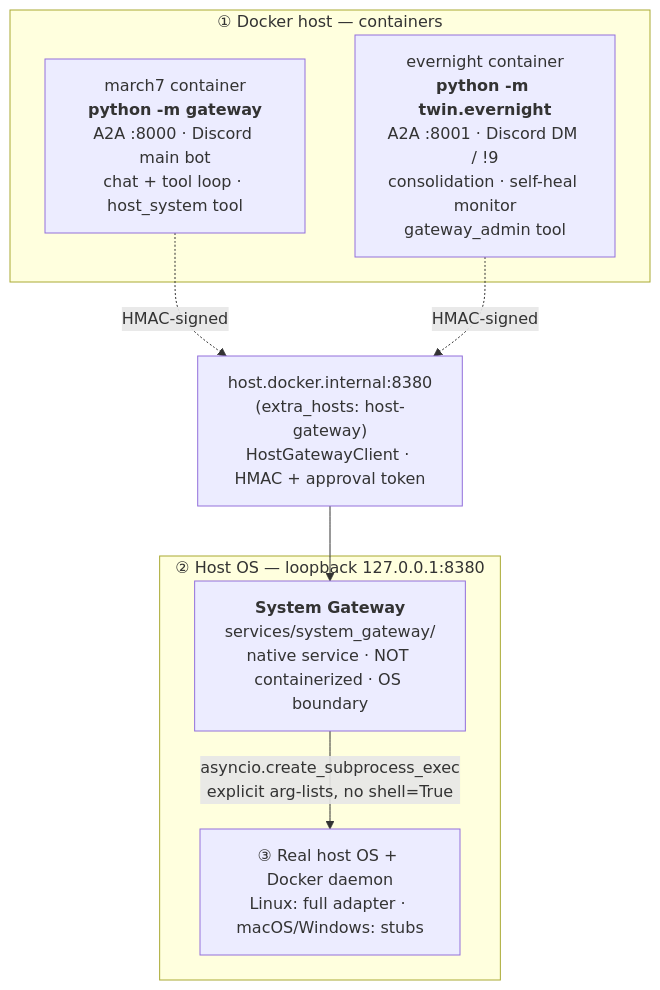
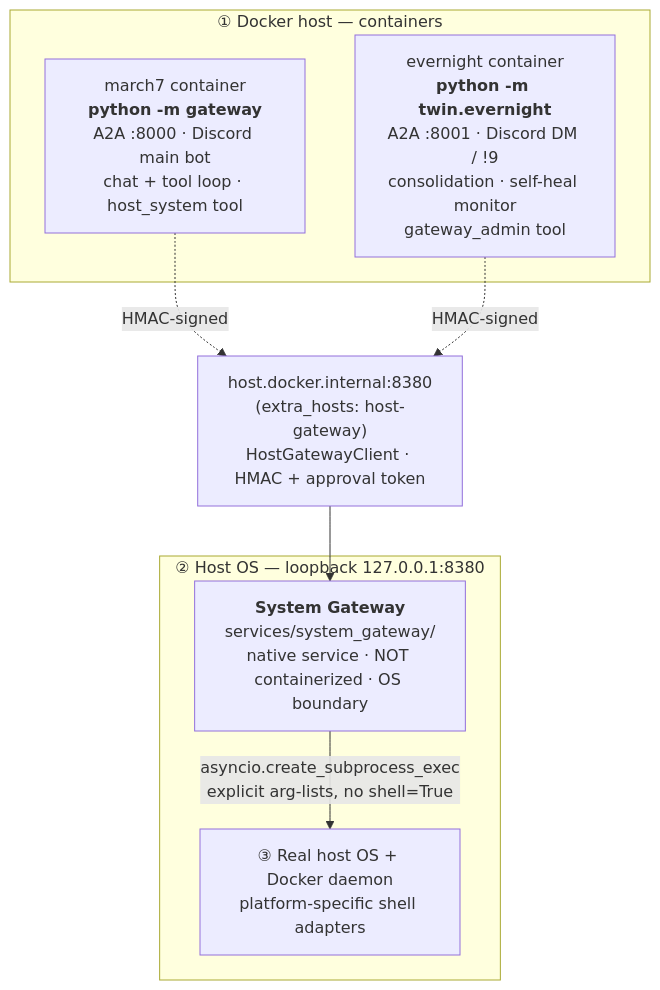
Before and after one commit to Flowerf19/Harness_agent: the first of 2 diagrams in ARCHITECTURE.md, drawn with Mermaid. The commit also changed other lines of this file and 6 other files, not shown here.

First line of the commit message:
Refactor testing guide, architecture, and README for clarity and updates

````diff
--- a/ARCHITECTURE.md
+++ b/ARCHITECTURE.md
@@ -23,16 +21,16 @@
 ```mermaid
 flowchart TB
     subgraph DH["① Docker host — containers"]
         M["march7 container<br/><b>python -m gateway</b><br/>A2A :8000 · Discord main bot<br/>chat + tool loop · host_system tool"]
         E["evernight container<br/><b>python -m twin.evernight</b><br/>A2A :8001 · Discord DM / !9<br/>consolidation · self-heal monitor<br/>gateway_admin tool"]
     end
     GW["host.docker.internal:8380<br/>(extra_hosts: host-gateway)<br/>HostGatewayClient · HMAC + approval token"]
     subgraph Host["② Host OS — loopback 127.0.0.1:8380"]
         SG["<b>System Gateway</b><br/>services/system_gateway/<br/>native service · NOT containerized · OS boundary"]
-        OS["③ Real host OS + Docker daemon<br/>Linux: full adapter · macOS/Windows: stubs"]
+        OS["③ Real host OS + Docker daemon<br/>platform-specific shell adapters"]
     end
     M -. HMAC-signed .-> GW
     E -. HMAC-signed .-> GW
     GW --> SG
     SG -->|"asyncio.create_subprocess_exec<br/>explicit arg-lists, no shell=True"| OS
 ```
````
